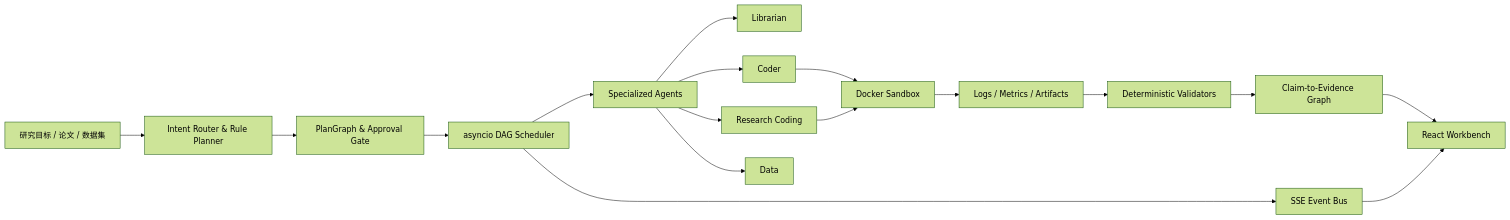
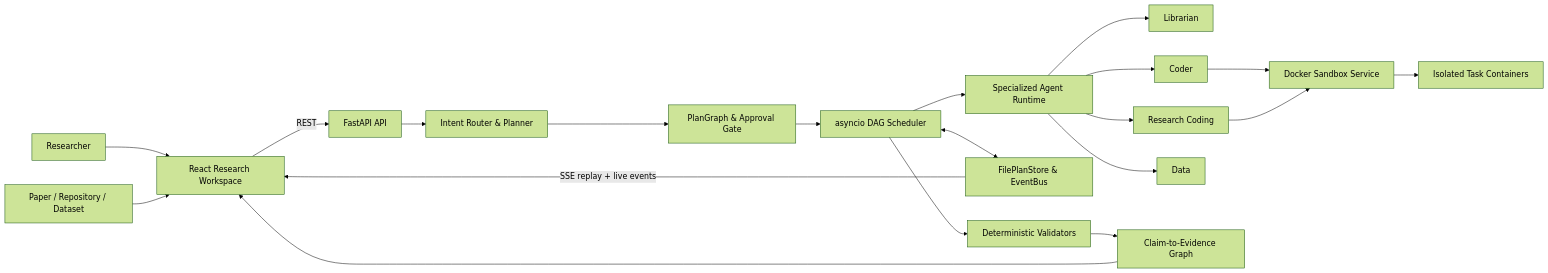
The diagram in README.md (tutudouzi12/ReproPilot), drawn with Mermaid (forest theme) before and after one commit. The commit also changed other lines of this file and 2 other files, not shown here.

Commit message:
Rewrite README for the redesigned research workspace (#2)

````diff
--- a/README.md
+++ b/README.md
@@ -27,22 +76,27 @@
 ```mermaid
 flowchart LR
-    U[研究目标 / 论文 / 数据集] --> P[Intent Router & Rule Planner]
+    U[Researcher] --> W[React Research Workspace]
+    F[Paper / Repository / Dataset] --> W
+
+    W -->|REST| API[FastAPI API]
+    API --> P[Intent Router & Planner]
     P --> G[PlanGraph & Approval Gate]
     G --> S[asyncio DAG Scheduler]
 
-    S --> A[Specialized Agents]
+    S --> A[Specialized Agent Runtime]
     A --> L[Librarian]
     A --> C[Coder]
     A --> R[Research Coding]
     A --> D[Data]
 
-    R --> X[Docker Sandbox]
-    C --> X
-    X --> O[Logs / Metrics / Artifacts]
-    O --> V[Deterministic Validators]
+    C --> X[Docker Sandbox Service]
+    R --> X
+    X --> K[Isolated Task Containers]
+
+    S <--> ST[FilePlanStore & EventBus]
+    S --> V[Deterministic Validators]
     V --> E[Claim-to-Evidence Graph]
 
-    S --> B[SSE Event Bus]
-    B --> W[React Workbench]
+    ST -->|SSE replay + live events| W
     E --> W
 ```
````
